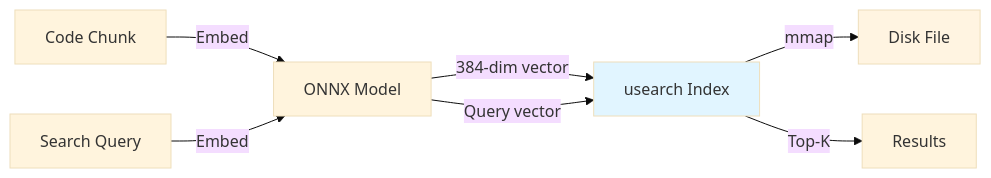
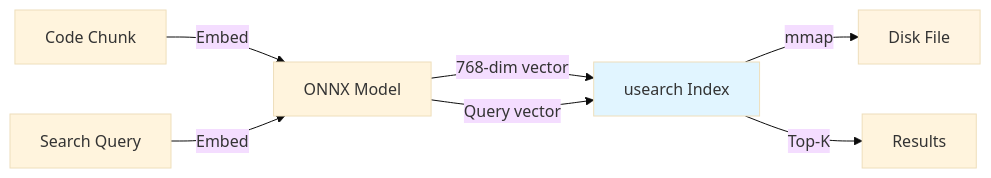
Before and after one commit to steeltroops-ai/omnicontext: the second of 6 diagrams in docs/architecture/ADR.md, drawn with Mermaid (base theme). The commit also changed other lines of this file and 14 other files, not shown here.

First line of the commit message:
docs: rewrite architecture intelligence docs to production standard and fix all version/count discrepancies

````diff
--- a/docs/architecture/ADR.md
+++ b/docs/architecture/ADR.md
@@ -190,13 +190,13 @@
 ```mermaid
 graph LR
     A[Code Chunk] -->|Embed| B[ONNX Model]
-    B -->|384-dim vector| C[usearch Index]
+    B -->|768-dim vector| C[usearch Index]
     C -->|mmap| D[Disk File]
     
     E[Search Query] -->|Embed| B
     B -->|Query vector| C
     C -->|Top-K| F[Results]
     
     style C fill:#e1f5ff
     style D fill:#fff4e1
 ```
````
